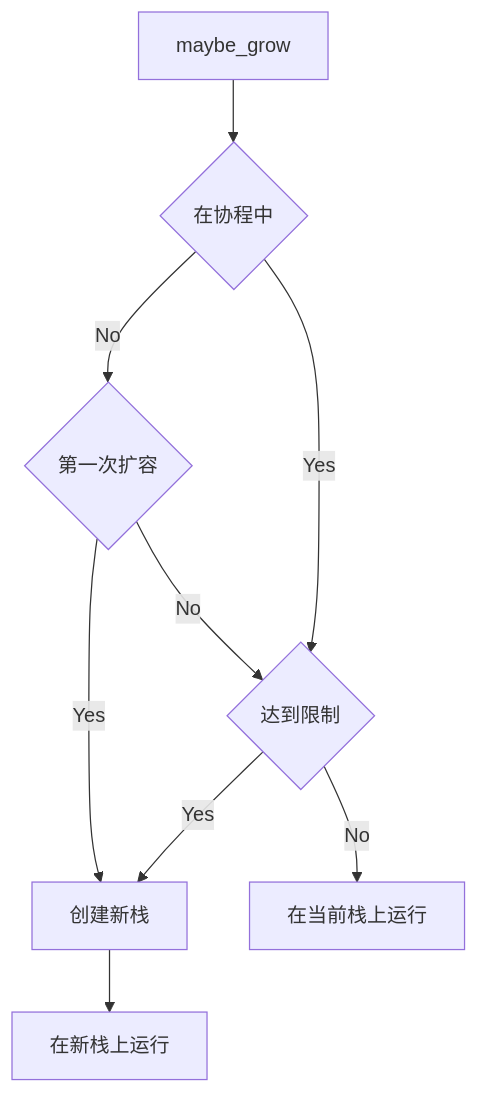
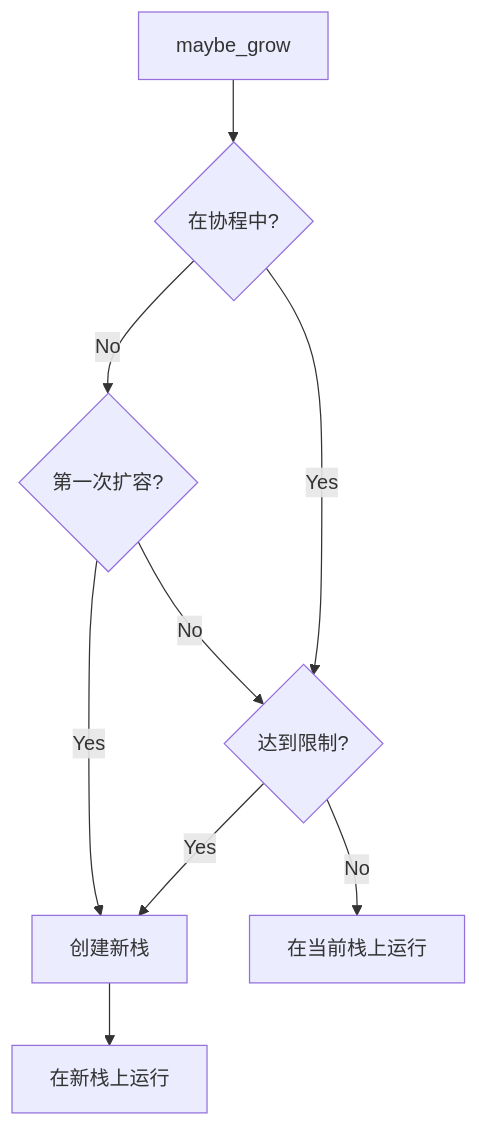
One commit to acl-dev/open-coroutine changed the diagram in core/docs/cn/scalable-stack.md. Above: the diagram before and after it, drawn with Mermaid. The commit also changed other lines of this file and 13 other files, not shown here.

````diff
--- a/core/docs/cn/scalable-stack.md
+++ b/core/docs/cn/scalable-stack.md
@@ -46,17 +46,17 @@
 ```mermaid
 flowchart TD
-    Cond1{在协程中}
-    Cond2{达到限制}
-    Cond3{第一次扩容}
+    Cond1{在协程中?}
+    Cond2{达到限制?}
+    Cond3{第一次扩容?}
     C[创建新栈]
     RC[在当前栈上运行]
     RN1[在新栈上运行]
     maybe_grow --> Cond1
     Cond1 -- Yes --> Cond2
     Cond2 -- Yes --> C
     Cond2 -- No --> RC
     C --> RN1
     Cond1 -- No --> Cond3
     Cond3 -- Yes --> C
     Cond3 -- No --> Cond2
 ```
````
